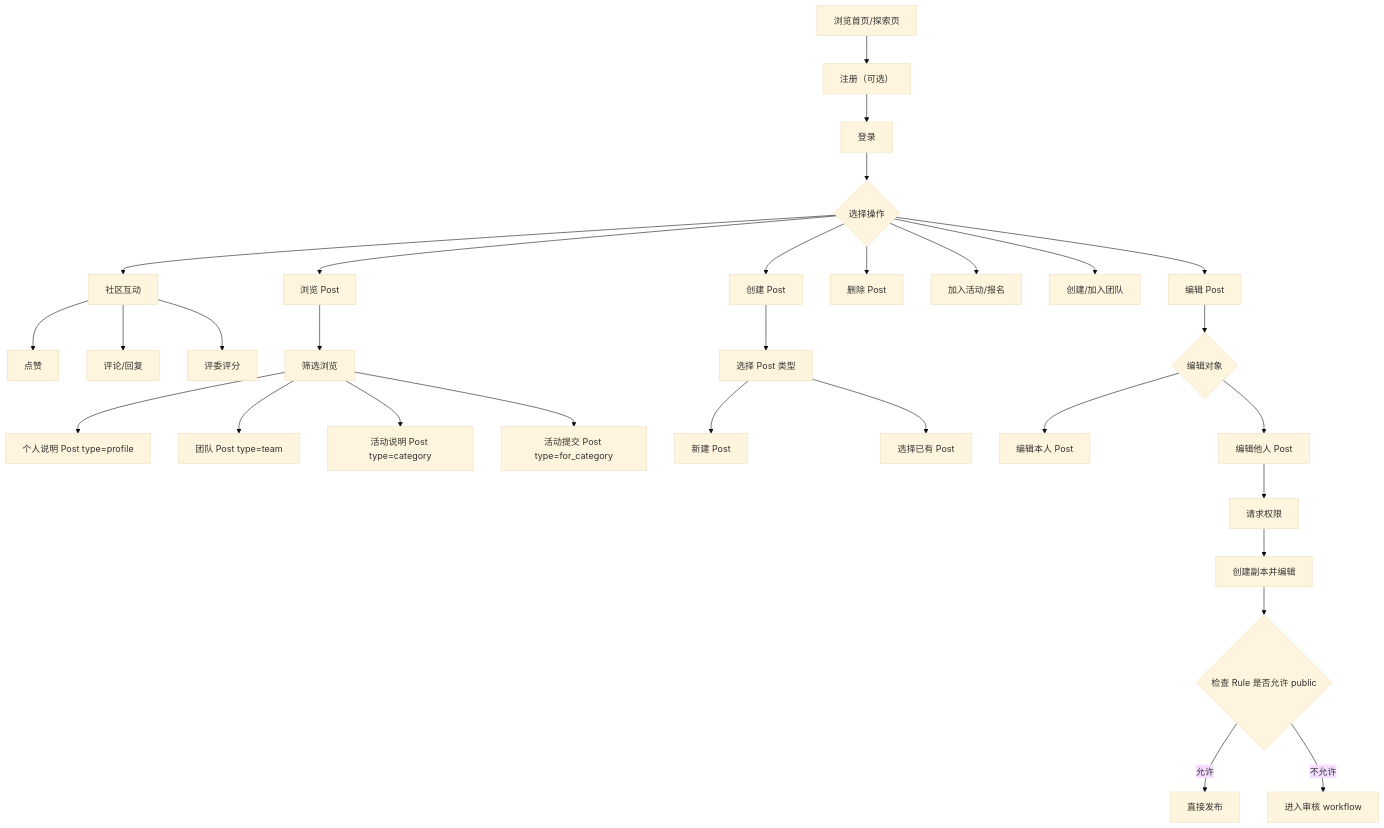
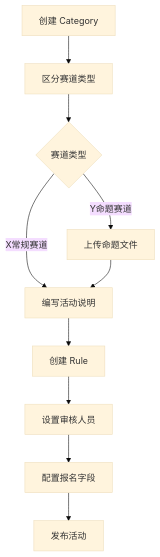
One commit to H2OSLabs/SynnovatorZero changed the first of 8 diagrams in docs/user-journeys.md. Above: the diagram before and after it, drawn with Mermaid (base theme). The commit also changed other lines of this file and 8 other files, not shown here.

````diff
--- a/docs/user-journeys.md
+++ b/docs/user-journeys.md
@@ -28,36 +81,12 @@
 ```mermaid
 flowchart TD
-    A[浏览首页/探索页] --> B[注册（可选）]
-    B --> C[登录]
-    C --> D{选择操作}
-    D --> E[浏览 Post]
-    D --> F[创建 Post]
-    D --> G[编辑 Post]
-    D --> H[删除 Post]
-    D --> I[加入活动/报名]
-    D --> J[创建/加入团队]
-    D --> K[社区互动]
-
-    K --> K1[点赞]
-    K --> K2[评论/回复]
-    K --> K3[评委评分]
-
-    E --> E1[筛选浏览]
-    E1 --> E2[个人说明 Post type=profile]
-    E1 --> E3[团队 Post type=team]
-    E1 --> E4[活动说明 Post type=category]
-    E1 --> E5[活动提交 Post type=for_category]
-
-    F --> F1[选择 Post 类型]
-    F1 --> F2[新建 Post]
-    F1 --> F3[选择已有 Post]
-
-    G --> G1{编辑对象}
-    G1 --> G2[编辑本人 Post]
-    G1 --> G3[编辑他人 Post]
-    G3 --> G4[请求权限]
-    G4 --> G5[创建副本并编辑]
-    G5 --> G6{检查 Rule 是否允许 public}
-    G6 -->|允许| G7[直接发布]
-    G6 -->|不允许| G8[进入审核 workflow]
+    A[创建 Category] --> B[区分赛道类型]
+    B --> B1{赛道类型}
+    B1 -->|X常规赛道| C[编写活动说明]
+    B1 -->|Y命题赛道| B2[上传命题文件]
+    B2 --> C
+    C --> D[创建 Rule]
+    D --> E[设置审核人员]
+    E --> F[配置报名字段]
+    F --> G[发布活动]
 ```
````
